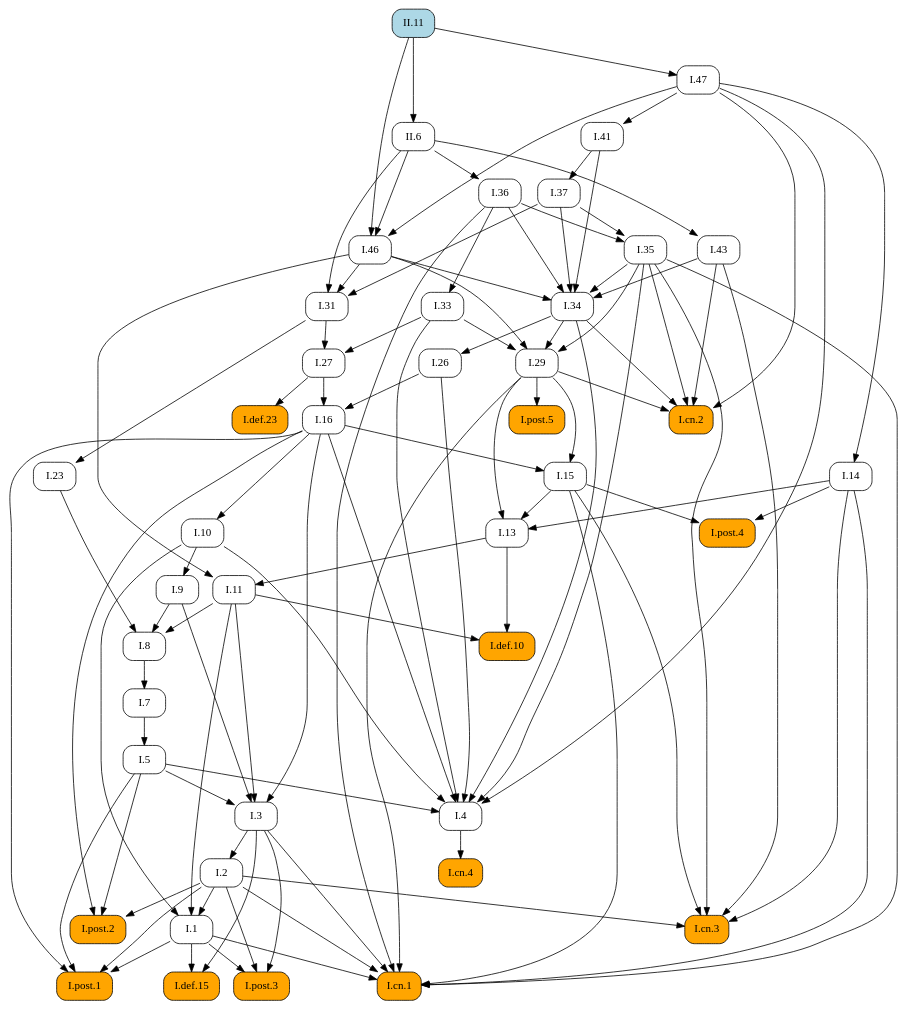
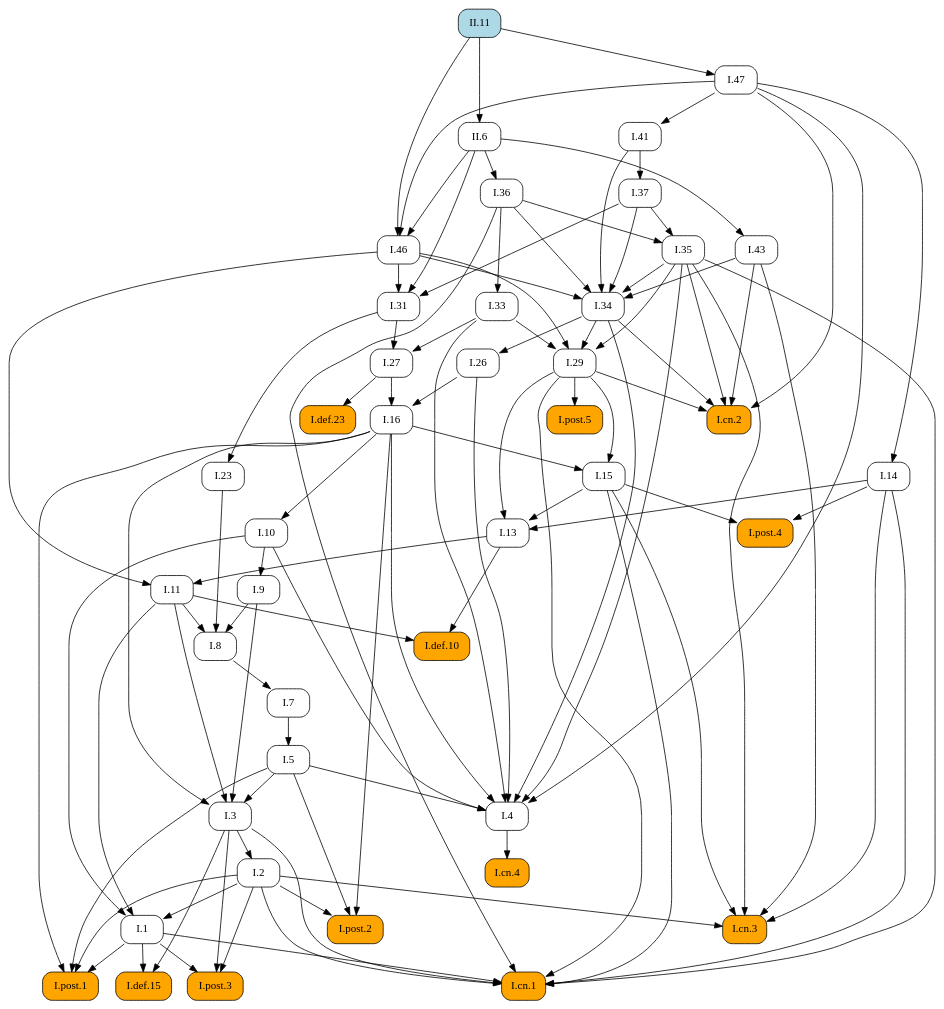
The diagram in docsrc/heath/II/11/index.rst (geometor/elements), drawn with Graphviz before and after one commit. The commit also changed other lines of this file and 1029 other files, not shown here.

```diff
--- a/docsrc/heath/II/11/index.rst
+++ b/docsrc/heath/II/11/index.rst
@@ -87,100 +87,115 @@
    digraph {
      rankdir="TB";
      node [shape=box, style=rounded];
+     "I.def.10" [style="rounded,filled", fillcolor=orange, URL="/heath/I/def.10/", target="_top"];
+     "I.11" [URL="/heath/I/11/", target="_top"];
+     "I.post.4" [style="rounded,filled", fillcolor=orange, URL="/heath/I/post.4/", target="_top"];
+     "I.1" [URL="/heath/I/1/", target="_top"];
+     "I.26" [URL="/heath/I/26/", target="_top"];
+     "I.29" [URL="/heath/I/29/", target="_top"];
+     "I.cn.2" [style="rounded,filled", fillcolor=orange, URL="/heath/I/cn.2/", target="_top"];
+     "I.47" [URL="/heath/I/47/", target="_top"];
+     "I.def.15" [style="rounded,filled", fillcolor=orange, URL="/heath/I/def.15/", target="_top"];
+     "I.post.3" [style="rounded,filled", fillcolor=orange, URL="/heath/I/post.3/", target="_top"];
+     "I.cn.1" [style="rounded,filled", fillcolor=orange, URL="/heath/I/cn.1/", target="_top"];
      "I.cn.3" [style="rounded,filled", fillcolor=orange, URL="/heath/I/cn.3/", target="_top"];
-     "II.11" [style="rounded,filled", fillcolor=lightblue, URL="/heath/II/11/", target="_top"];
-     "I.29" [URL="/heath/I/29/", target="_top"];
-     "I.7" [URL="/heath/I/7/", target="_top"];
+     "I.14" [URL="/heath/I/14/", target="_top"];
+     "I.23" [URL="/heath/I/23/", target="_top"];
+     "I.43" [URL="/heath/I/43/", target="_top"];
+     "I.post.1" [style="rounded,filled", fillcolor=orange, URL="/heath/I/post.1/", target="_top"];
+     "I.35" [URL="/heath/I/35/", target="_top"];
+     "I.41" [URL="/heath/I/41/", target="_top"];
+     "I.36" [URL="/heath/I/36/", target="_top"];
+     "I.46" [URL="/heath/I/46/", target="_top"];
      "I.27" [URL="/heath/I/27/", target="_top"];
      "I.37" [URL="/heath/I/37/", target="_top"];
+     "I.34" [URL="/heath/I/34/", target="_top"];
+     "I.3" [URL="/heath/I/3/", target="_top"];
+     "I.7" [URL="/heath/I/7/", target="_top"];
+     "I.2" [URL="/heath/I/2/", target="_top"];
+     "I.4" [URL="/heath/I/4/", target="_top"];
      "I.def.23" [style="rounded,filled", fillcolor=orange, URL="/heath/I/def.23/", target="_top"];
-     "I.34" [URL="/heath/I/34/", target="_top"];
+     "II.6" [URL="/heath/II/6/", target="_top"];
+     "I.13" [URL="/heath/I/13/", target="_top"];
+     "I.33" [URL="/heath/I/33/", target="_top"];
+     "I.31" [URL="/heath/I/31/", target="_top"];
+     "I.post.2" [style="rounded,filled", fillcolor=orange, URL="/heath/I/post.2/", target="_top"];
+     "I.16" [URL="/heath/I/16/", target="_top"];
+     "II.11" [style="rounded,filled", fillcolor=lightblue, URL="/heath/II/11/", target="_top"];
+     "I.9" [URL="/heath/I/9/", target="_top"];
      "I.8" [URL="/heath/I/8/", target="_top"];
-     "I.9" [URL="/heath/I/9/", target="_top"];
-     "I.post.4" [style="rounded,filled", fillcolor=orange, URL="/heath/I/post.4/", target="_top"];
-     "I.2" [URL="/heath/I/2/", target="_top"];
-     "I.def.15" [style="rounded,filled", fillcolor=orange, URL="/heath/I/def.15/", target="_top"];
-     "I.1" [URL="/heath/I/1/", target="_top"];
-     "I.post.1" [style="rounded,filled", fillcolor=orange, URL="/heath/I/post.1/", target="_top"];
      "I.cn.4" [style="rounded,filled", fillcolor=orange, URL="/heath/I/cn.4/", target="_top"];
-     "I.26" [URL="/heath/I/26/", target="_top"];
-     "I.33" [URL="/heath/I/33/", target="_top"];
-     "I.23" [URL="/heath/I/23/", target="_top"];
-     "I.13" [URL="/heath/I/13/", target="_top"];
-     "I.cn.2" [style="rounded,filled", fillcolor=orange, URL="/heath/I/cn.2/", target="_top"];
+     "I.15" [URL="/heath/I/15/", target="_top"];
+     "I.post.5" [style="rounded,filled", fillcolor=orange, URL="/heath/I/post.5/", target="_top"];
+     "I.10" [URL="/heath/I/10/", target="_top"];
      "I.5" [URL="/heath/I/5/", target="_top"];
-     "I.11" [URL="/heath/I/11/", target="_top"];
-     "I.10" [URL="/heath/I/10/", target="_top"];
-     "I.4" [URL="/heath/I/4/", target="_top"];
-     "I.3" [URL="/heath/I/3/", target="_top"];
-     "I.16" [URL="/heath/I/16/", target="_top"];
-     "I.31" [URL="/heath/I/31/", target="_top"];
-     "I.def.10" [style="rounded,filled", fillcolor=orange, URL="/heath/I/def.10/", target="_top"];
-     "I.43" [URL="/heath/I/43/", target="_top"];
-     "I.46" [URL="/heath/I/46/", target="_top"];
-     "I.post.2" [style="rounded,filled", fillcolor=orange, URL="/heath/I/post.2/", target="_top"];
-     "I.post.3" [style="rounded,filled", fillcolor=orange, URL="/heath/I/post.3/", target="_top"];
-     "I.post.5" [style="rounded,filled", fillcolor=orange, URL="/heath/I/post.5/", target="_top"];
-     "I.14" [URL="/heath/I/14/", target="_top"];
-     "I.36" [URL="/heath/I/36/", target="_top"];
-     "II.6" [URL="/heath/II/6/", target="_top"];
-     "I.35" [URL="/heath/I/35/", target="_top"];
-     "I.47" [URL="/heath/I/47/", target="_top"];
-     "I.15" [URL="/heath/I/15/", target="_top"];
-     "I.cn.1" [style="rounded,filled", fillcolor=orange, URL="/heath/I/cn.1/", target="_top"];
-     "I.41" [URL="/heath/I/41/", target="_top"];
+     "I.11" -> "I.def.10";
+     "I.13" -> "I.def.10";
+     "I.13" -> "I.11";
+     "I.46" -> "I.11";
+     "I.14" -> "I.post.4";
+     "I.15" -> "I.post.4";
+     "I.2" -> "I.1";
+     "I.10" -> "I.1";
+     "I.11" -> "I.1";
+     "I.34" -> "I.26";
+     "I.33" -> "I.29";
+     "I.34" -> "I.29";
+     "I.35" -> "I.29";
+     "I.46" -> "I.29";
+     "I.29" -> "I.cn.2";
+     "I.34" -> "I.cn.2";
+     "I.35" -> "I.cn.2";
+     "I.43" -> "I.cn.2";
+     "I.47" -> "I.cn.2";
+     "II.11" -> "I.47";
+     "I.1" -> "I.def.15";
+     "I.3" -> "I.def.15";
+     "I.1" -> "I.post.3";
+     "I.2" -> "I.post.3";
+     "I.3" -> "I.post.3";
+     "I.1" -> "I.cn.1";
+     "I.2" -> "I.cn.1";
+     "I.3" -> "I.cn.1";
+     "I.14" -> "I.cn.1";
+     "I.15" -> "I.cn.1";
+     "I.29" -> "I.cn.1";
+     "I.35" -> "I.cn.1";
+     "I.36" -> "I.cn.1";
      "I.2" -> "I.cn.3";
      "I.14" -> "I.cn.3";
      "I.15" -> "I.cn.3";
      "I.35" -> "I.cn.3";
      "I.43" -> "I.cn.3";
-     "I.33" -> "I.29";
-     "I.34" -> "I.29";
-     "I.35" -> "I.29";
-     "I.46" -> "I.29";
-     "I.8" -> "I.7";
+     "I.47" -> "I.14";
+     "I.31" -> "I.23";
+     "II.6" -> "I.43";
+     "I.1" -> "I.post.1";
+     "I.2" -> "I.post.1";
+     "I.5" -> "I.post.1";
+     "I.16" -> "I.post.1";
+     "I.36" -> "I.35";
+     "I.37" -> "I.35";
+     "I.47" -> "I.41";
+     "II.6" -> "I.36";
+     "I.47" -> "I.46";
+     "II.6" -> "I.46";
+     "II.11" -> "I.46";
      "I.31" -> "I.27";
      "I.33" -> "I.27";
      "I.41" -> "I.37";
-     "I.27" -> "I.def.23";
      "I.35" -> "I.34";
      "I.36" -> "I.34";
      "I.37" -> "I.34";
      "I.41" -> "I.34";
      "I.43" -> "I.34";
      "I.46" -> "I.34";
-     "I.9" -> "I.8";
-     "I.11" -> "I.8";
-     "I.23" -> "I.8";
-     "I.10" -> "I.9";
-     "I.14" -> "I.post.4";
-     "I.15" -> "I.post.4";
+     "I.5" -> "I.3";
+     "I.9" -> "I.3";
+     "I.11" -> "I.3";
+     "I.16" -> "I.3";
+     "I.8" -> "I.7";
      "I.3" -> "I.2";
-     "I.1" -> "I.def.15";
-     "I.3" -> "I.def.15";
-     "I.2" -> "I.1";
-     "I.10" -> "I.1";
-     "I.11" -> "I.1";
-     "I.1" -> "I.post.1";
-     "I.2" -> "I.post.1";
-     "I.5" -> "I.post.1";
-     "I.16" -> "I.post.1";
-     "I.4" -> "I.cn.4";
-     "I.34" -> "I.26";
-     "I.36" -> "I.33";
-     "I.31" -> "I.23";
-     "I.14" -> "I.13";
-     "I.15" -> "I.13";
-     "I.29" -> "I.13";
-     "I.29" -> "I.cn.2";
-     "I.34" -> "I.cn.2";
-     "I.35" -> "I.cn.2";
-     "I.43" -> "I.cn.2";
-     "I.47" -> "I.cn.2";
-     "I.7" -> "I.5";
-     "I.13" -> "I.11";
-     "I.46" -> "I.11";
-     "I.16" -> "I.10";
      "I.5" -> "I.4";
      "I.10" -> "I.4";
      "I.16" -> "I.4";
@@ -189,43 +204,28 @@
      "I.34" -> "I.4";
      "I.35" -> "I.4";
      "I.47" -> "I.4";
-     "I.5" -> "I.3";
-     "I.9" -> "I.3";
-     "I.11" -> "I.3";
-     "I.16" -> "I.3";
-     "I.26" -> "I.16";
-     "I.27" -> "I.16";
+     "I.27" -> "I.def.23";
+     "II.11" -> "II.6";
+     "I.14" -> "I.13";
+     "I.15" -> "I.13";
+     "I.29" -> "I.13";
+     "I.36" -> "I.33";
      "I.37" -> "I.31";
      "I.46" -> "I.31";
      "II.6" -> "I.31";
-     "I.11" -> "I.def.10";
-     "I.13" -> "I.def.10";
-     "II.6" -> "I.43";
-     "I.47" -> "I.46";
-     "II.6" -> "I.46";
-     "II.11" -> "I.46";
      "I.2" -> "I.post.2";
      "I.5" -> "I.post.2";
      "I.16" -> "I.post.2";
-     "I.1" -> "I.post.3";
-     "I.2" -> "I.post.3";
-     "I.3" -> "I.post.3";
-     "I.29" -> "I.post.5";
-     "I.47" -> "I.14";
-     "II.6" -> "I.36";
-     "II.11" -> "II.6";
-     "I.36" -> "I.35";
-     "I.37" -> "I.35";
-     "II.11" -> "I.47";
+     "I.26" -> "I.16";
+     "I.27" -> "I.16";
+     "I.10" -> "I.9";
+     "I.9" -> "I.8";
+     "I.11" -> "I.8";
+     "I.23" -> "I.8";
+     "I.4" -> "I.cn.4";
      "I.16" -> "I.15";
      "I.29" -> "I.15";
-     "I.1" -> "I.cn.1";
-     "I.2" -> "I.cn.1";
-     "I.3" -> "I.cn.1";
-     "I.14" -> "I.cn.1";
-     "I.15" -> "I.cn.1";
-     "I.29" -> "I.cn.1";
-     "I.35" -> "I.cn.1";
-     "I.36" -> "I.cn.1";
-     "I.47" -> "I.41";
+     "I.29" -> "I.post.5";
+     "I.16" -> "I.10";
+     "I.7" -> "I.5";
    }
```
